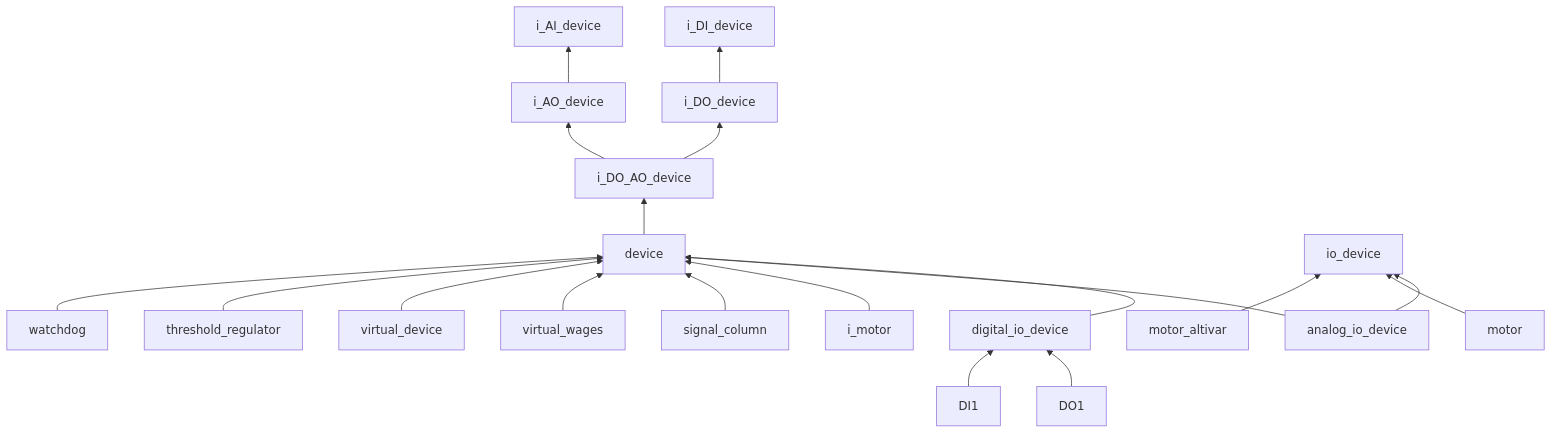
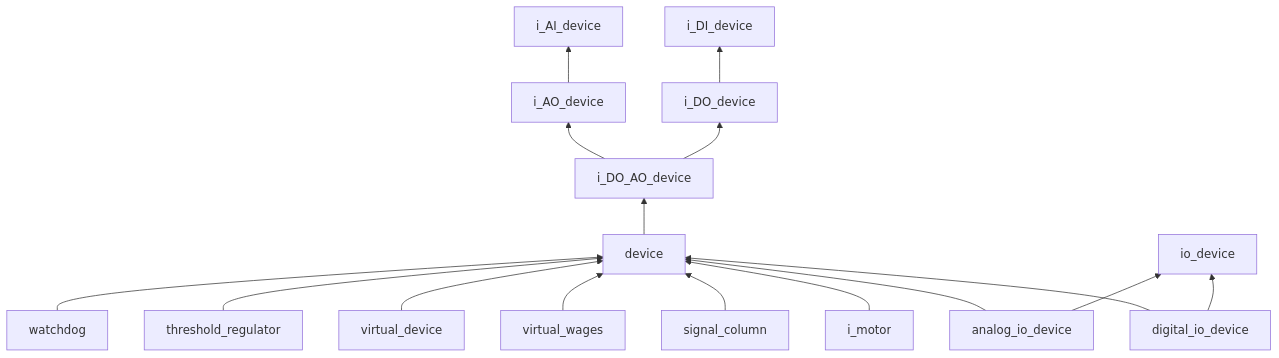
Before and after one commit to savushkin-r-d/ptusa_main: the first of 11 diagrams in docs/class_scheme/readme.md, drawn with Mermaid. The commit also changed other lines of this file, not shown here.

Commit message:
Simplify diagrams

````diff
--- a/docs/class_scheme/readme.md
+++ b/docs/class_scheme/readme.md
@@ -3,21 +3,18 @@
 ```mermaid
 flowchart BT
     device[device] --> i_DO_AO_device[i_DO_AO_device]
     i_DO_device[i_DO_device] --> i_DI_device[i_DI_device]
     i_AO_device[i_AO_device] --> i_AI_device[i_AI_device]
     i_DO_AO_device --> i_AO_device
     i_DO_AO_device --> i_DO_device
     digital_io_device[digital_io_device] --> device
+    digital_io_device --> io_device[io_device]
     analog_io_device[analog_io_device] --> device
-    analog_io_device --> io_device[io_device]
+    analog_io_device --> io_device
     i_motor[i_motor] --> device
-    signal_column[signal_column] --> device
-    DO1[DO1] --> digital_io_device
-    DI1[DI1] --> digital_io_device
+    signal_column[signal_column] --> device   
     virtual_wages[virtual_wages] --> device
     virtual_device[virtual_device] --> device
-    motor[motor] --> io_device
-    motor_altivar[motor_altivar] --> io_device
     threshold_regulator[threshold_regulator] --> device
     watchdog[watchdog] --> device
 ```
````
